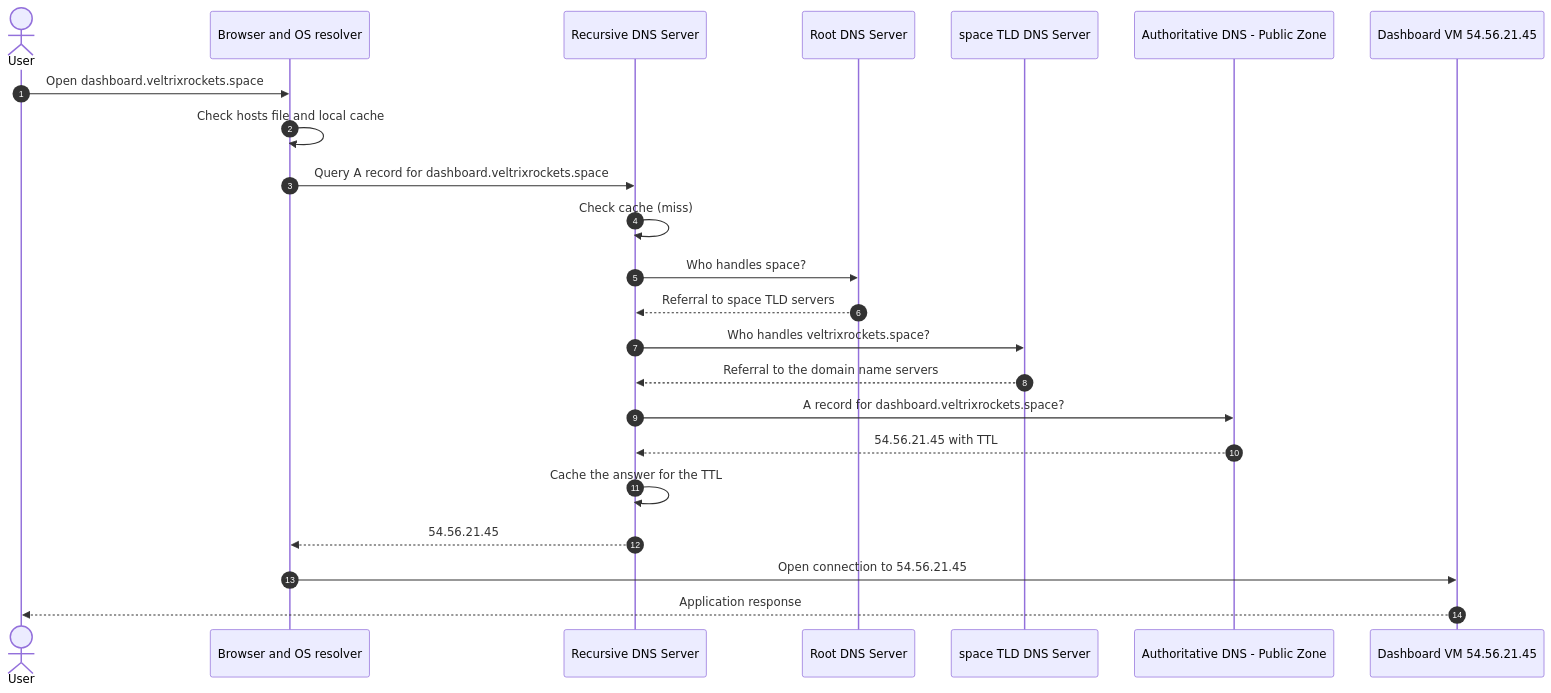
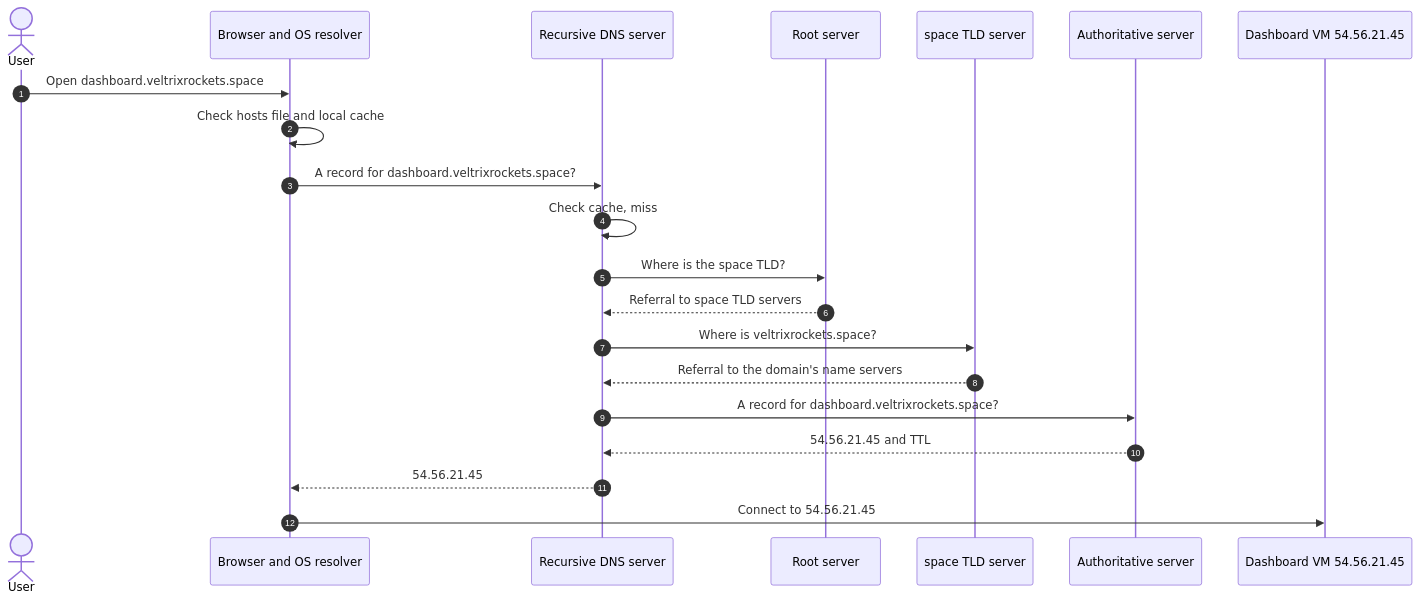
Before and after one commit to aniket-devop/enterprise-dns-architecture: the second of 5 diagrams in README.md, drawn with Mermaid. The commit also changed other lines of this file, not shown here.

Commit message:
docs: finalize Azure DNS architecture documentation

````diff
--- a/README.md
+++ b/README.md
@@ -188,26 +163,24 @@
 ```mermaid
 sequenceDiagram
     autonumber
     actor User
     participant Client as Browser and OS resolver
-    participant Rec as Recursive DNS Server
-    participant Root as Root DNS Server
-    participant TLD as space TLD DNS Server
-    participant Auth as Authoritative DNS - Public Zone
+    participant Rec as Recursive DNS server
+    participant Root as Root server
+    participant TLD as space TLD server
+    participant Auth as Authoritative server
     participant VM as Dashboard VM 54.56.21.45
 
     User->>Client: Open dashboard.veltrixrockets.space
     Client->>Client: Check hosts file and local cache
-    Client->>Rec: Query A record for dashboard.veltrixrockets.space
-    Rec->>Rec: Check cache (miss)
-    Rec->>Root: Who handles space?
+    Client->>Rec: A record for dashboard.veltrixrockets.space?
+    Rec->>Rec: Check cache, miss
+    Rec->>Root: Where is the space TLD?
     Root-->>Rec: Referral to space TLD servers
-    Rec->>TLD: Who handles veltrixrockets.space?
-    TLD-->>Rec: Referral to the domain name servers
+    Rec->>TLD: Where is veltrixrockets.space?
+    TLD-->>Rec: Referral to the domain's name servers
     Rec->>Auth: A record for dashboard.veltrixrockets.space?
-    Auth-->>Rec: 54.56.21.45 with TTL
-    Rec->>Rec: Cache the answer for the TTL
+    Auth-->>Rec: 54.56.21.45 and TTL
     Rec-->>Client: 54.56.21.45
-    Client->>VM: Open connection to 54.56.21.45
-    VM-->>User: Application response
+    Client->>VM: Connect to 54.56.21.45
 ```
````
